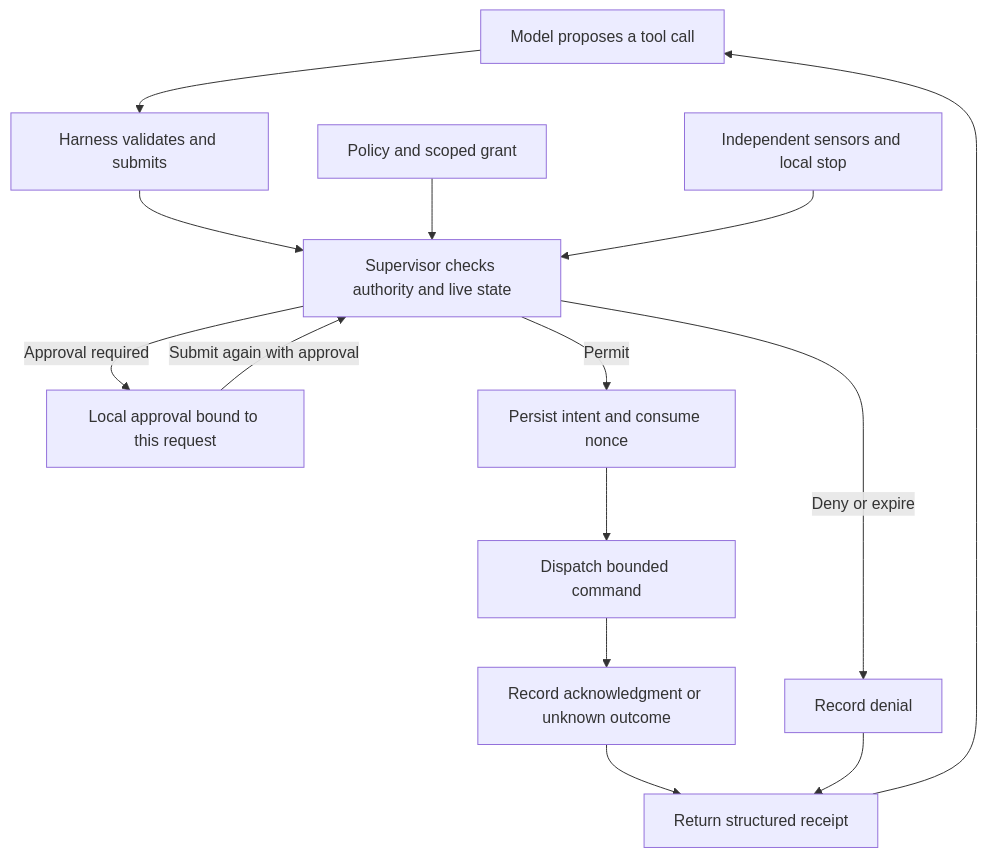
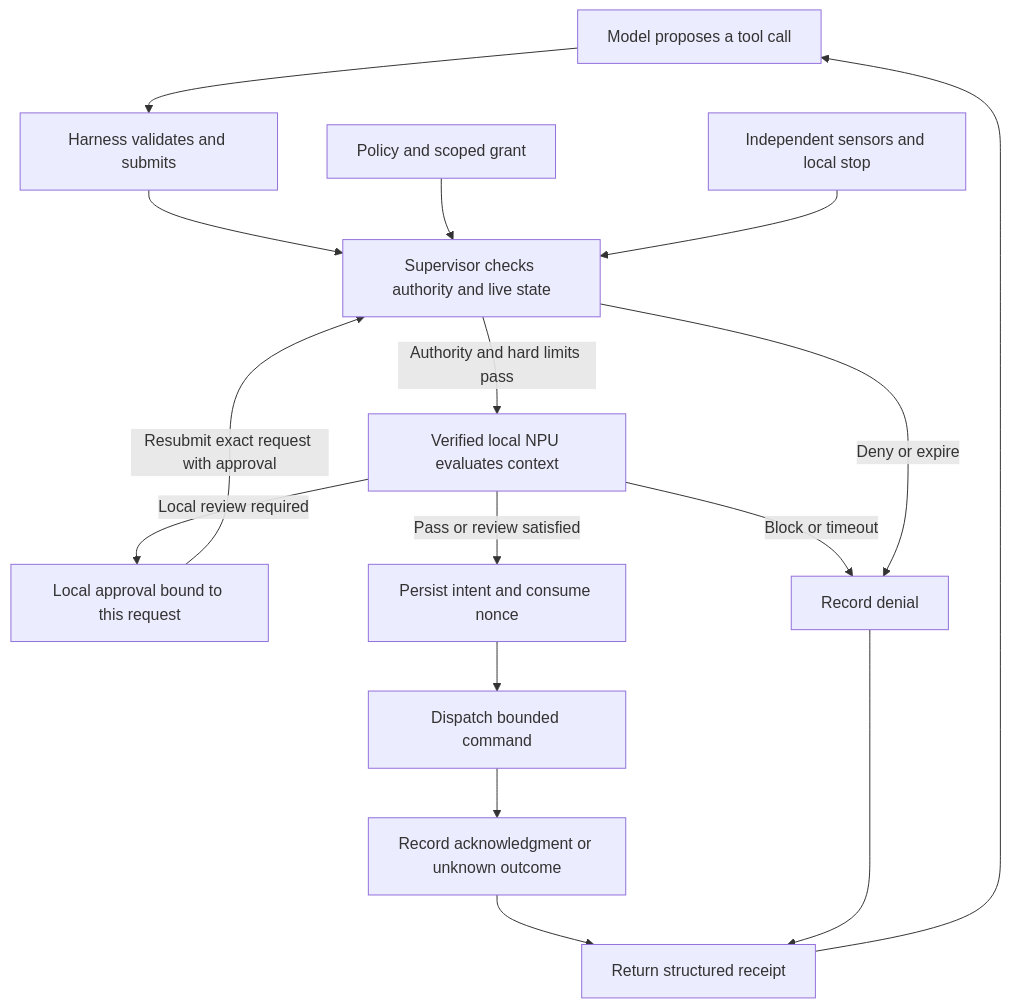
One commit to eternal-circuit/eternal-circuit changed the diagram in archives/aria/exhibit-c.md. Above: the diagram before and after it, drawn with Mermaid. The commit also changed other lines of this file, not shown here.

Commit message:
Require a locally verified permission NPU in ASIMOV

````diff
--- a/archives/aria/exhibit-c.md
+++ b/archives/aria/exhibit-c.md
@@ -26,16 +36,18 @@
 ```mermaid
 flowchart TD
     M["Model proposes a tool call"] --> H["Harness validates and submits"]
     H --> G["Supervisor checks authority and live state"]
     P["Policy and scoped grant"] --> G
     S["Independent sensors and local stop"] --> G
-    G -->|"Approval required"| U["Local approval bound to this request"]
-    U -->|"Submit again with approval"| G
+    G -->|"Authority and hard limits pass"| N["Verified local NPU evaluates context"]
+    N -->|"Local review required"| U["Local approval bound to this request"]
+    U -->|"Resubmit exact request with approval"| G
+    N -->|"Block or timeout"| L
     G -->|"Deny or expire"| L["Record denial"]
-    G -->|"Permit"| I["Persist intent and consume nonce"]
+    N -->|"Pass or review satisfied"| I["Persist intent and consume nonce"]
     I --> E["Dispatch bounded command"]
     E --> A["Record acknowledgment or unknown outcome"]
     A --> R["Return structured receipt"]
     L --> R
     R --> M
 ```
````
